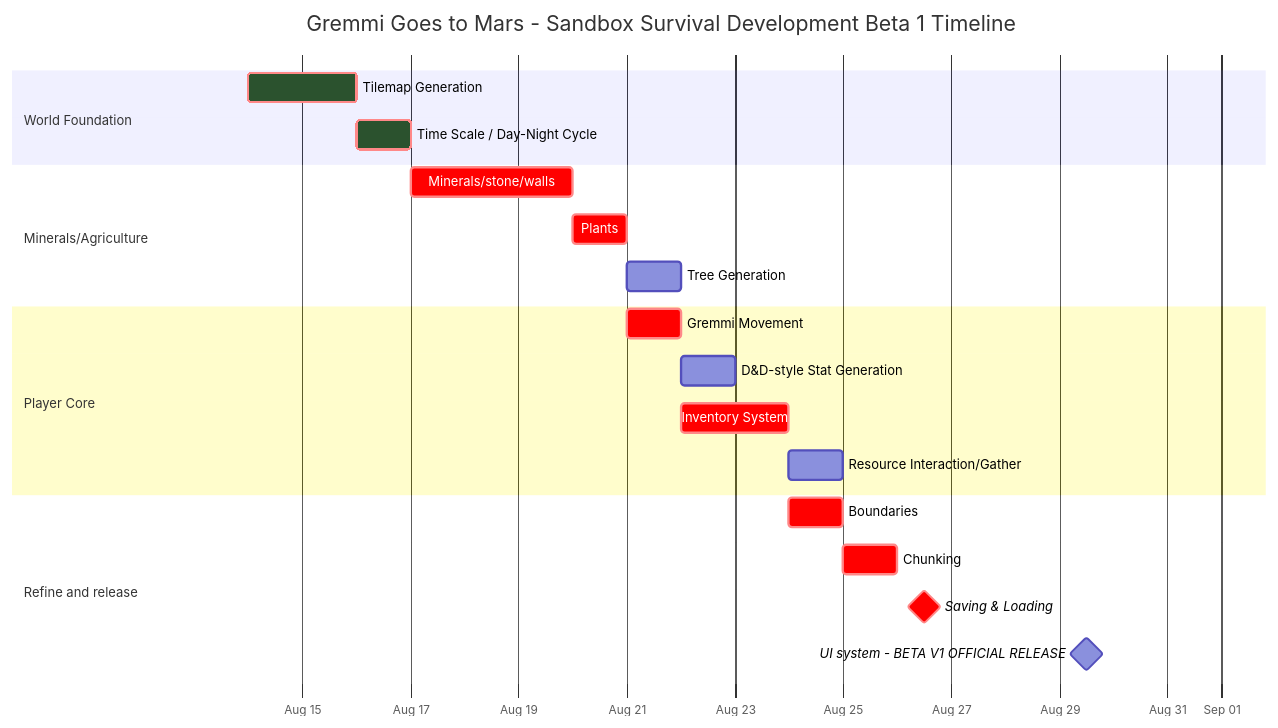
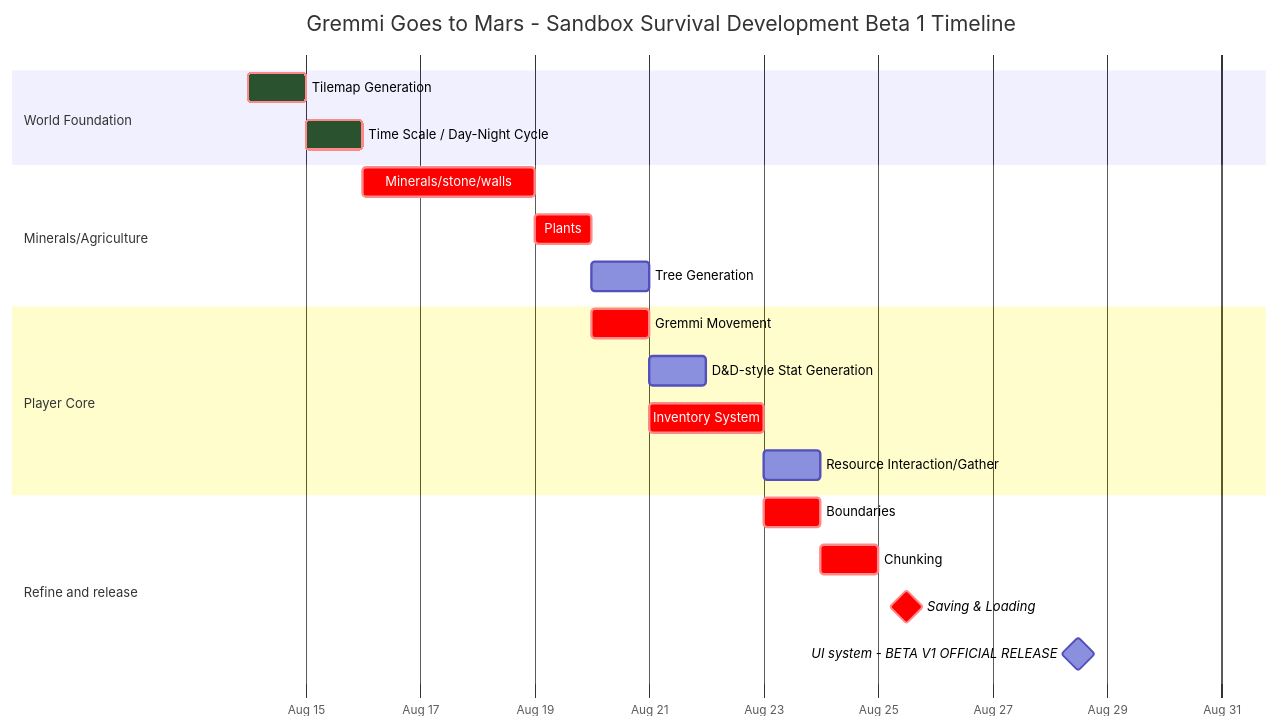
One commit to Jacobchestnut16/GremmiGoesToMars changed the second of 3 diagrams in dist/README.md. Above: the diagram before and after it, drawn with Mermaid. The commit also changed other lines of this file, not shown here.

Commit message:
World Foundation: TCv1.1

````diff
--- a/dist/README.md
+++ b/dist/README.md
@@ -42,41 +44,41 @@
 ```mermaid
 %%{
     init: {
         'gantt': {
             'leftPadding': 200,
             'barHeight': 25,
             'barGap': 15,
             'topPadding': 60
         },
         'themeVariables': {
             'doneTaskBkgColor': '#2B522EFF'
         }
     }
 }%%
 gantt
     title Gremmi Goes to Mars - Sandbox Survival Development Beta 1 Timeline
     dateFormat  YYYY-MM-DD
     axisFormat  %b %d
     
     
     section World Foundation
-    Tilemap Generation                          :crit, done, a1, 2025-08-14, 2d
+    Tilemap Generation                          :crit, done, a1, 2025-08-14, 1d
     Time Scale / Day-Night Cycle                :crit, done, a2, after a1, 1d
     
     section Minerals/Agriculture
     Minerals/stone/walls                        :crit, a4, after a2, 3d
     Plants                                      :crit, a6, after a4, 0.75d
     Tree Generation                             :a5, after a6, 0.75d
     
     section Player Core
     Gremmi Movement                 :crit, b1, after a6, 0.5d
     D&D-style Stat Generation       :b2, after b1, 0.5d
     Inventory System                :crit, b3, after b1, 2d
     Resource Interaction/Gather     :b5, after b3, 1d
     
     section Refine and release
     Boundaries                               :crit, c1, after b3, 0.5d
     Chunking                                 :crit, c2, after c1, 0.5d
     Saving & Loading                         :crit, milestone, b4, after c2, 1d
     UI system - BETA V1 OFFICIAL RELEASE     :milestone, release1, after b4, 5d
 ```
````
